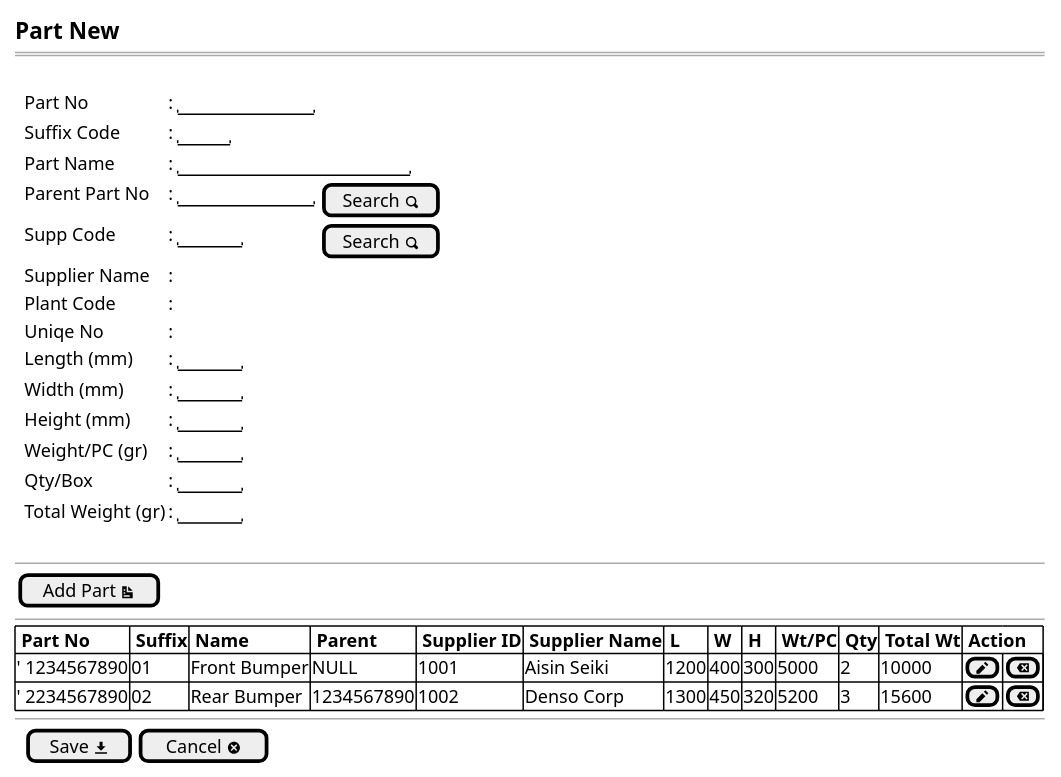
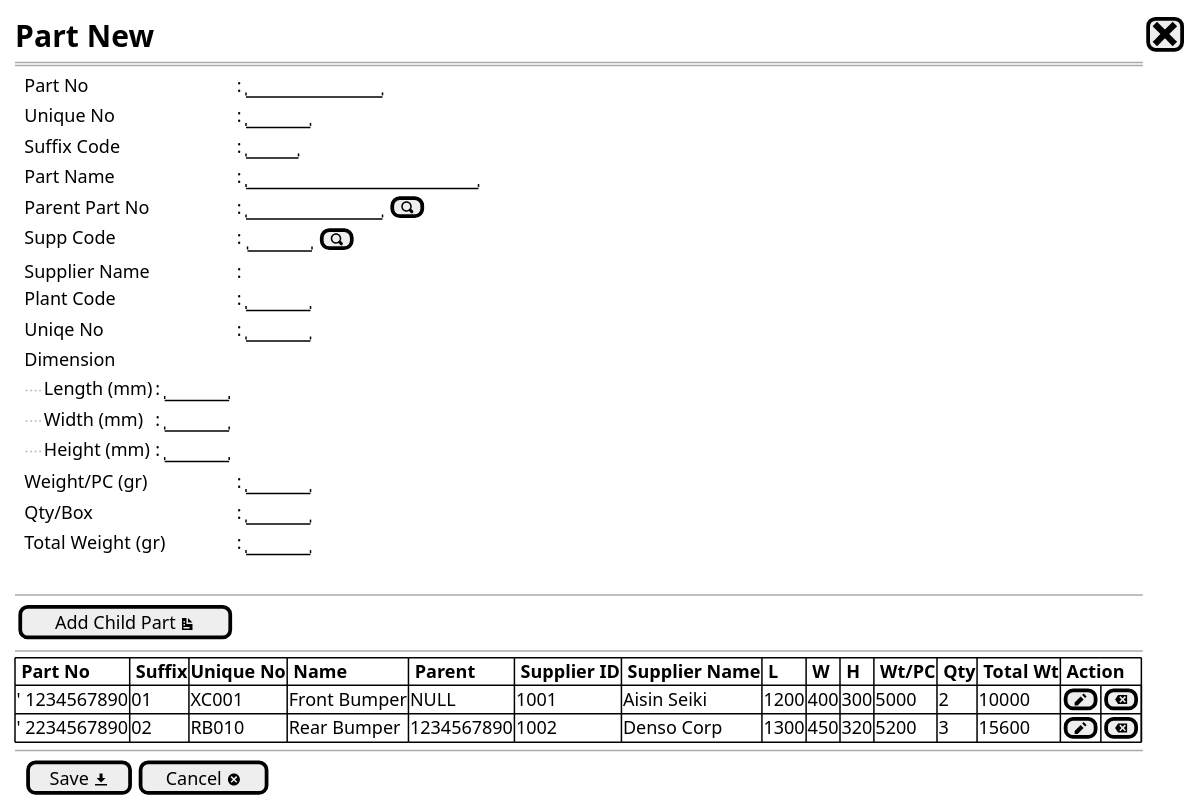
Before and after one commit to ari-fikri/packing-cost-mockup: the diagram in Part/part - new.puml, drawn with PlantUML. The commit also changed 1 other file, not shown here.

Commit message:
Part list: - Remove caption from lookup button
New Part:
- Add unique no field into the table

```diff
--- a/Part/part - new.puml
+++ b/Part/part - new.puml
@@ -1,39 +1,42 @@
 @startsalt
 {
-  <size:15><b>Part New
+  <size:20><b>Part New | [<size:25><&x>]|*
   ==
-  .
   {
     .|Part No         |: |"           "|*
+    .|Unique No       |: |"     " |*
     .|Suffix Code     |: |"    "|*
     .|Part Name       |: |"                   "|*
-    .|Parent Part No  |: |"           "| [Search <&magnifying-glass>]| *
-    .|Supp Code       |: |"     "|[Search <&magnifying-glass>]| *
+    .|Parent Part No  |: |"           "| [<&magnifying-glass>]| *
+    .|Supp Code       |: {|"     "|[<&magnifying-glass>]|} *
     .|Supplier Name   |: |.| *
-    .|Plant Code      |: |.| *
-    .|Uniqe No        |: |.| *
-    .|Length (mm)     |: |"     "|*
-    .|Width (mm)      |: |"     "|*
-    .|Height (mm)     |: |"     "|*
-    .|Weight/PC (gr)   |: |"     "|*
-    .|Qty/Box         |: |"     "|*
-    .|Total Weight (gr)|: |"     "|*
+    .|Plant Code      |: |"     "| *
+    .|Uniqe No        |: |"     "| *
+    .|Dimension|*
+    .|{
+      ..||Length (mm)    |: |"     "|*
+      ..|Width (mm)      |: |"     "|*
+      ..|Height (mm)     |: |"     "|*
+      }
+    .|Weight/PC (gr)    |: |"     "|*
+    .|Qty/Box           |: |"     "|*
+    .|Total Weight (gr) |: |"     "|*
   }
   .
   --
   {
-    [Add Part <&document>]|*
+    [Add Child Part <&document>]|*
   }
   --
   {#
-    |<b> Part No |<b> Suffix |<b> Name |<b> Parent |<b> Supplier ID |<b> Supplier Name |<b> L |<b> W |<b> H |<b> Wt/PC |<b> Qty |<b> Total Wt |<b> Action |*|*|*|*|*|*|*
-    |' 1234567890 | 01 | Front Bumper | NULL | 1001 | Aisin Seiki     | 1200 | 400 | 300 | 5000 | 2 | 10000 |[<&pencil>]|[<&delete>]|*
-    |' 2234567890 | 02 | Rear Bumper  | 1234567890 | 1002 | Denso Corp      | 1300 | 450 | 320 | 5200 | 3 | 15600 |[<&pencil>]|[<&delete>]|*
+    |<b> Part No  |<b> Suffix |<b>Unique No         |<b> Name     |<b> Parent |<b> Supplier ID |<b> Supplier Name |<b> L |<b> W |<b> H |<b> Wt/PC |<b> Qty |<b> Total Wt |<b> Action |*|*|*|*|*|*|*
+    |' 1234567890 | 01        | XC001               |Front Bumper | NULL      | 1001           | Aisin Seiki      | 1200 | 400  | 300  | 5000     | 2      | 10000       |[<&pencil>]|[<&delete>]|*
+    |' 2234567890 | 02        | RB010               |Rear Bumper  | 1234567890| 1002           | Denso Corp       | 1300 | 450  | 320  | 5200     | 3      | 15600       |[<&pencil>]|[<&delete>]|*
   }
   --
   {
   .|[ Save <&data-transfer-download>] |  [Cancel <&circle-x> ]|*
   }
 
 }
 @endsalt
```
